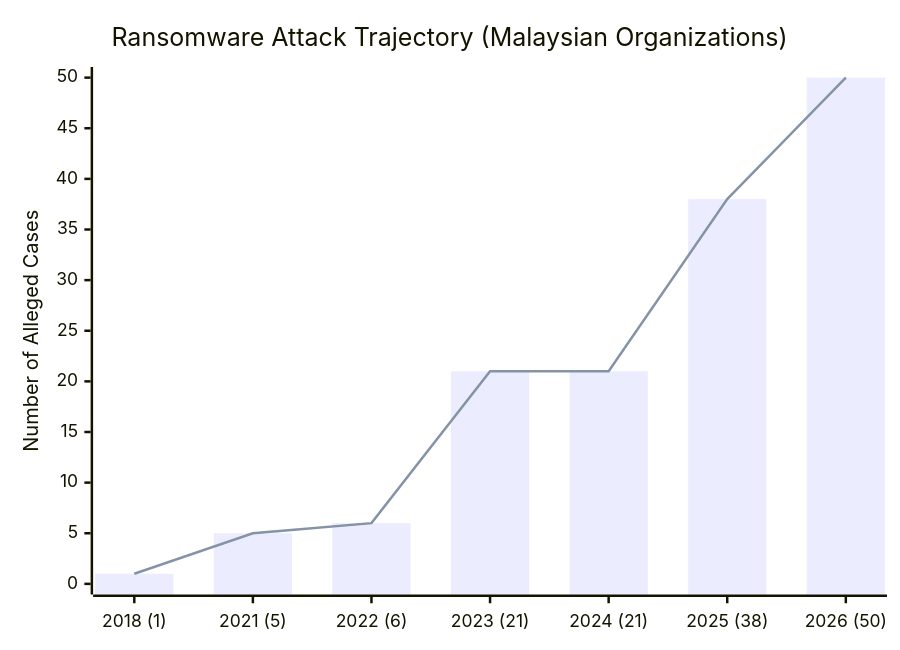
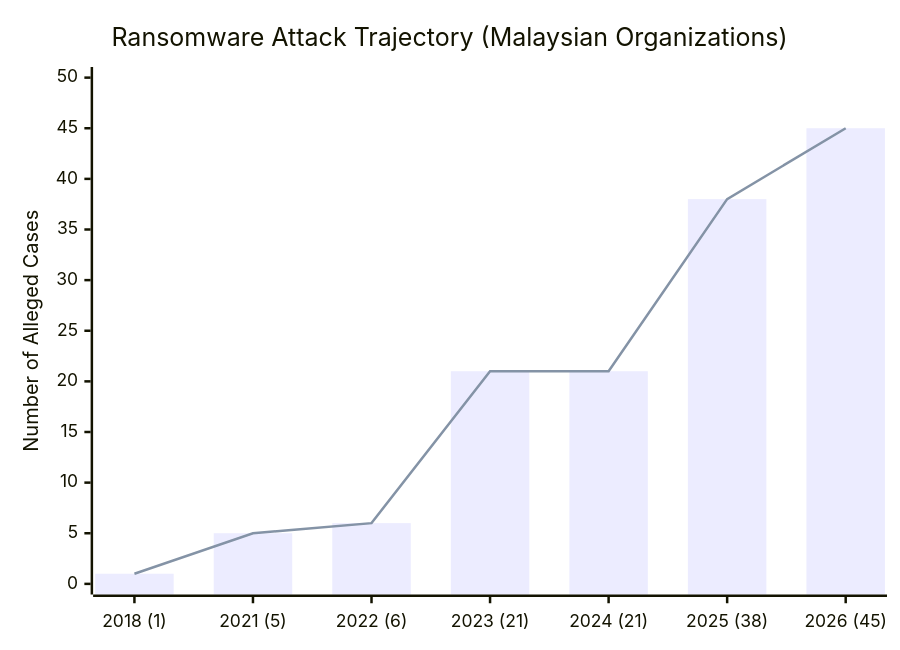
The first of 4 diagrams in content/my-threat-landscape/ransomware.md (rectifyq/site), drawn with Mermaid before and after one commit. The commit also changed other lines of this file and 38 other files, not shown here.

````diff
--- a/content/my-threat-landscape/ransomware.md
+++ b/content/my-threat-landscape/ransomware.md
@@ -16,8 +14,8 @@
 ```mermaid
 xychart-beta
     title "Ransomware Attack Trajectory (Malaysian Organizations)"
-    x-axis ["2018 (1)", "2021 (5)", "2022 (6)", "2023 (21)", "2024 (21)", "2025 (38)", "2026 (50)"]
+    x-axis ["2018 (1)", "2021 (5)", "2022 (6)", "2023 (21)", "2024 (21)", "2025 (38)", "2026 (45)"]
     y-axis "Number of Alleged Cases" 0 --> 50
-    bar [1, 5, 6, 21, 21, 38, 50]
-    line [1, 5, 6, 21, 21, 38, 50]
+    bar [1, 5, 6, 21, 21, 38, 45]
+    line [1, 5, 6, 21, 21, 38, 45]
 ```
````
